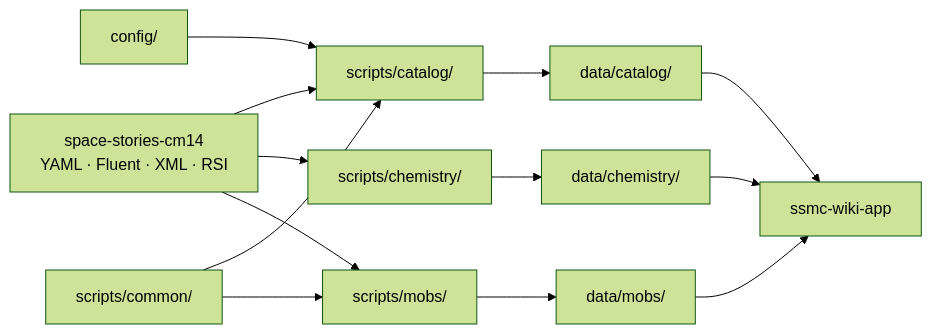
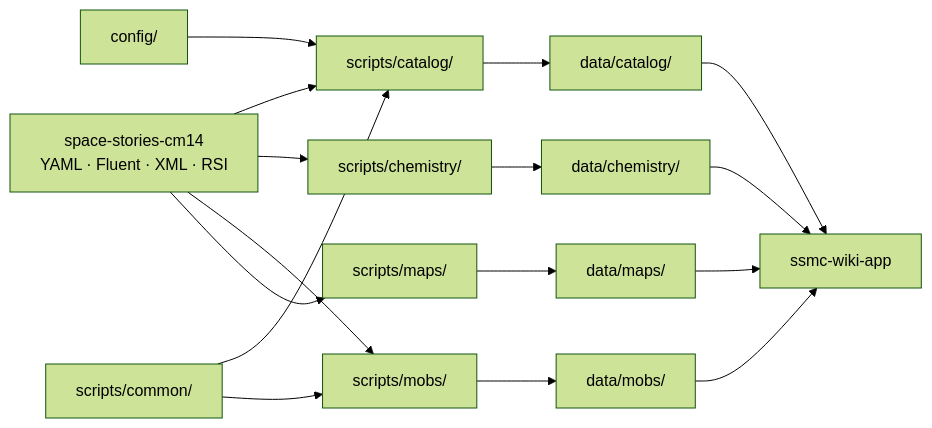
One commit to DeferW/ssmc-wiki-data changed the diagram in README.md. Above: the diagram before and after it, drawn with Mermaid (forest theme). The commit also changed other lines of this file and 25 other files, not shown here.

````diff
--- a/README.md
+++ b/README.md
@@ -15,23 +15,27 @@
 ```mermaid
 flowchart LR
     Game["space-stories-cm14<br/>YAML · Fluent · XML · RSI"]
     Config["config/"]
     Common["scripts/common/"]
     Catalog["scripts/catalog/"]
     Chemistry["scripts/chemistry/"]
     Mobs["scripts/mobs/"]
+    Maps["scripts/maps/"]
     CatalogData["data/catalog/"]
     ChemistryData["data/chemistry/"]
     MobsData["data/mobs/"]
+    MapsData["data/maps/"]
     App["ssmc-wiki-app"]
 
     Game --> Catalog
     Game --> Chemistry
     Game --> Mobs
+    Game --> Maps
     Config --> Catalog
     Common --> Catalog
     Common --> Mobs
     Catalog --> CatalogData --> App
     Chemistry --> ChemistryData --> App
     Mobs --> MobsData --> App
+    Maps --> MapsData --> App
 ```
````
